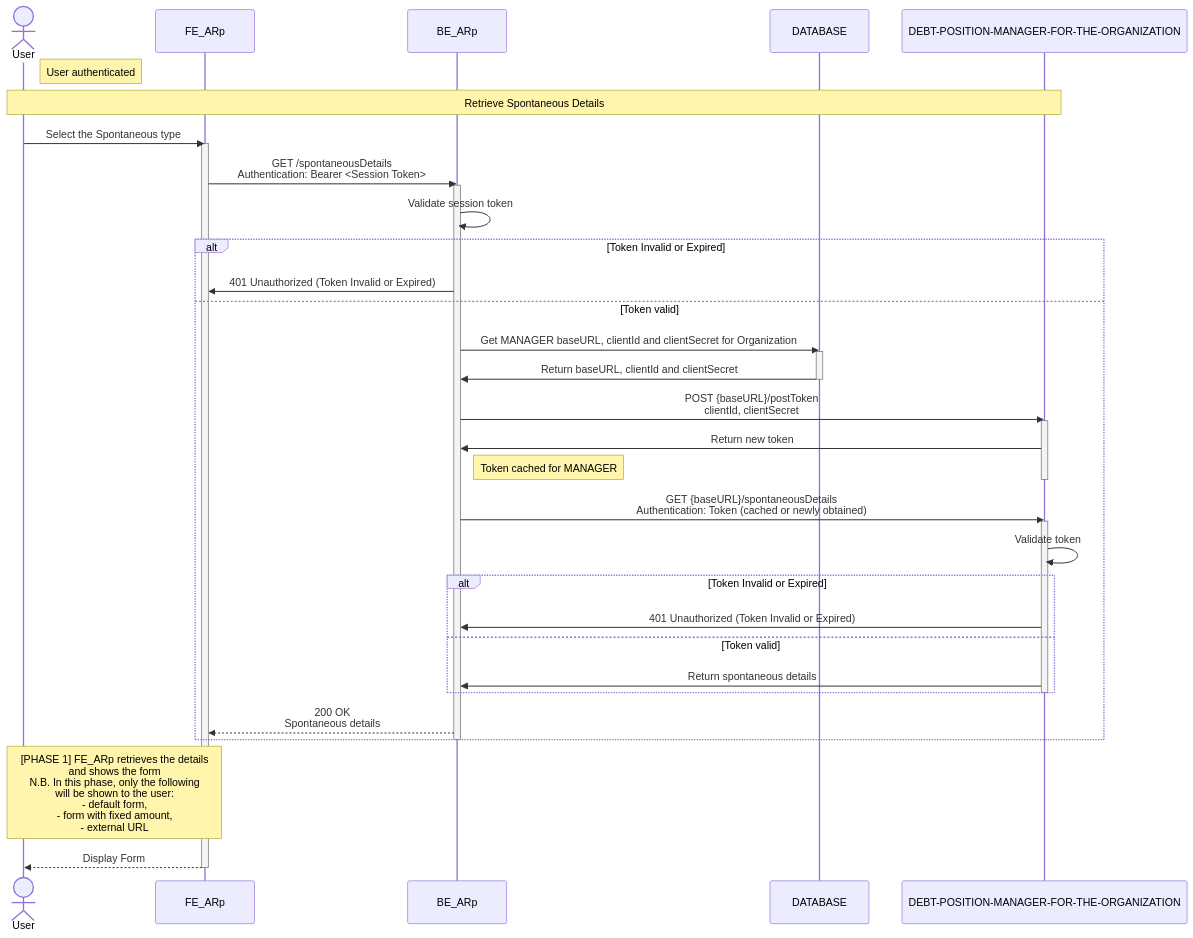
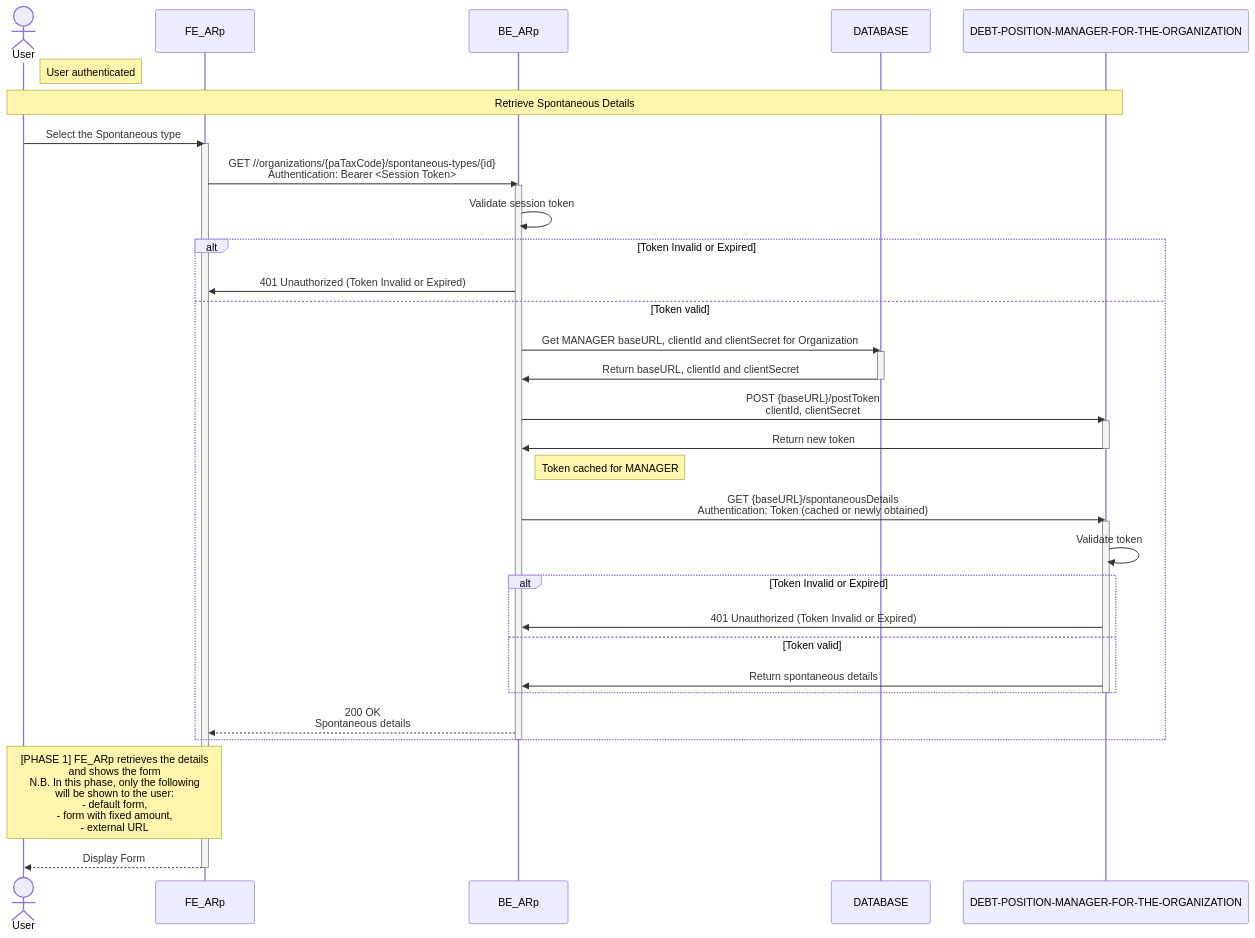
One commit to pagopa/arc-doc changed the diagram in design/arc/spontaneous/sequence_diagram_retrieve_spontaneous_details.mmd. Above: the diagram before and after it, drawn with Mermaid. The commit also changed 5 other files, not shown here.

Commit message:
fix: [P4PU-781] sequence diagram payment notice details (#6)

```diff
--- a/design/arc/spontaneous/sequence_diagram_retrieve_spontaneous_details.mmd
+++ b/design/arc/spontaneous/sequence_diagram_retrieve_spontaneous_details.mmd
@@ -1,51 +1,51 @@
 sequenceDiagram
 
 actor User
 participant FE_ARp
 participant BE_ARp
 participant DB as DATABASE
 participant MANAGER as DEBT-POSITION-MANAGER-FOR-THE-ORGANIZATION
 
 note right of User: User authenticated
 note over User, MANAGER : Retrieve Spontaneous Details
 
 User ->> FE_ARp : Select the Spontaneous type
 activate FE_ARp
-    FE_ARp ->> BE_ARp : GET /spontaneousDetails <br> Authentication: Bearer <Session Token>
+    FE_ARp ->> BE_ARp : GET //organizations/{paTaxCode}/spontaneous-types/{id} <br> Authentication: Bearer <Session Token>
     activate BE_ARp
         BE_ARp ->> BE_ARp : Validate session token
 
         alt Token Invalid or Expired
             BE_ARp ->> FE_ARp : 401 Unauthorized (Token Invalid or Expired)
         else Token valid
             BE_ARp ->> DB : Get MANAGER baseURL, clientId and clientSecret for Organization
 
             activate DB
                 DB ->> BE_ARp : Return baseURL, clientId and clientSecret
             deactivate DB
 
             BE_ARp ->> MANAGER : POST {baseURL}/postToken <br> clientId, clientSecret
             activate MANAGER
                 MANAGER ->> BE_ARp : Return new token
-                note right of BE_ARp : Token cached for MANAGER
             deactivate MANAGER
+            note right of BE_ARp : Token cached for MANAGER
 
             BE_ARp ->> MANAGER : GET {baseURL}/spontaneousDetails <br> Authentication: Token (cached or newly obtained)
 
             activate MANAGER
                 MANAGER ->> MANAGER: Validate token
                 alt Token Invalid or Expired
                     MANAGER ->> BE_ARp : 401 Unauthorized (Token Invalid or Expired)
                 else Token valid
                     MANAGER ->> BE_ARp : Return spontaneous details
                 end
             deactivate MANAGER
 
             BE_ARp -->> FE_ARp : 200 OK <br> Spontaneous details
         end
     deactivate BE_ARp
 
     note over User,FE_ARp : [PHASE 1] FE_ARp retrieves the details <br> and shows the form <br> N.B. In this phase, only the following <br> will be shown to the user: <br> - default form, <br> - form with fixed amount, <br> - external URL
 
     FE_ARp -->> User: Display Form
 deactivate FE_ARp
```
